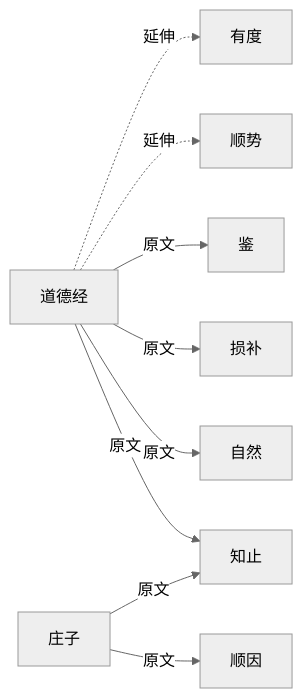
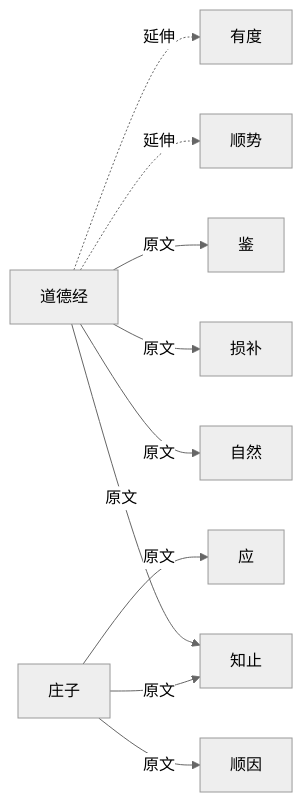
The diagram in docs/specs/philosophy/SiHankor-Terminology-Lineage.sih.md (sgmov/sihankor), drawn with Mermaid (neutral theme) before and after one commit. The commit also changed other lines of this file and 3 other files, not shown here.

````diff
--- a/docs/specs/philosophy/SiHankor-Terminology-Lineage.sih.md
+++ b/docs/specs/philosophy/SiHankor-Terminology-Lineage.sih.md
@@ -120,11 +132,12 @@
 ```mermaid
 flowchart LR
     DJ["道德经"] -->|"原文"| ZR["自然"]
     DJ -->|"原文"| ZZ1["知止"]
     DJ -->|"原文"| SB["损补"]
     DJ -->|"原文"| JIAN["鉴"]
     DJ -.->|"延伸"| SS["顺势"]
     DJ -.->|"延伸"| YD["有度"]
     ZZ["庄子"] -->|"原文"| ZZ1
     ZZ -->|"原文"| SY["顺因"]
+    ZZ -->|"原文"| YING["应"]
 ```
````
